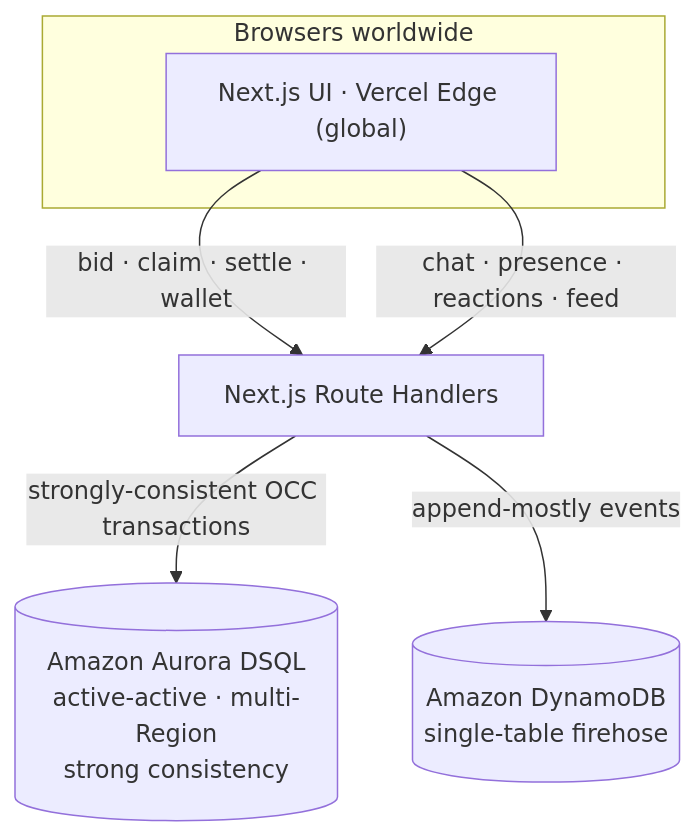
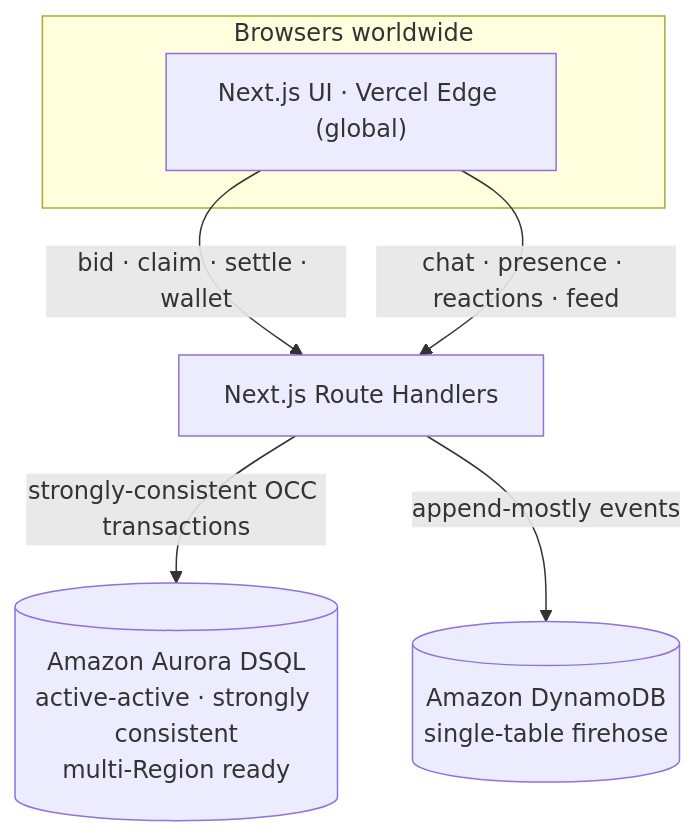
One commit to JonathanSolvesProblems/lotzero changed the diagram in README.md. Above: the diagram before and after it, drawn with Mermaid. The commit also changed other lines of this file and 3 other files, not shown here.

Commit message:
Correct architecture diagram to reflect single-Region (multi-Region ready) deployment; sync drawio and README mermaid; remove stale README note

````diff
--- a/README.md
+++ b/README.md
@@ -48,12 +48,12 @@
 ```mermaid
 flowchart TB
   subgraph B["Browsers worldwide"]
     UI["Next.js UI · Vercel Edge (global)"]
   end
 
   UI -->|"bid · claim · settle · wallet"| API["Next.js Route Handlers"]
   UI -->|"chat · presence · reactions · feed"| API
 
-  API -->|"strongly-consistent OCC transactions"| DSQL[("Amazon Aurora DSQL<br/>active-active · multi-Region<br/>strong consistency")]
+  API -->|"strongly-consistent OCC transactions"| DSQL[("Amazon Aurora DSQL<br/>active-active · strongly consistent<br/>multi-Region ready")]
   API -->|"append-mostly events"| DDB[("Amazon DynamoDB<br/>single-table firehose")]
 ```
````
